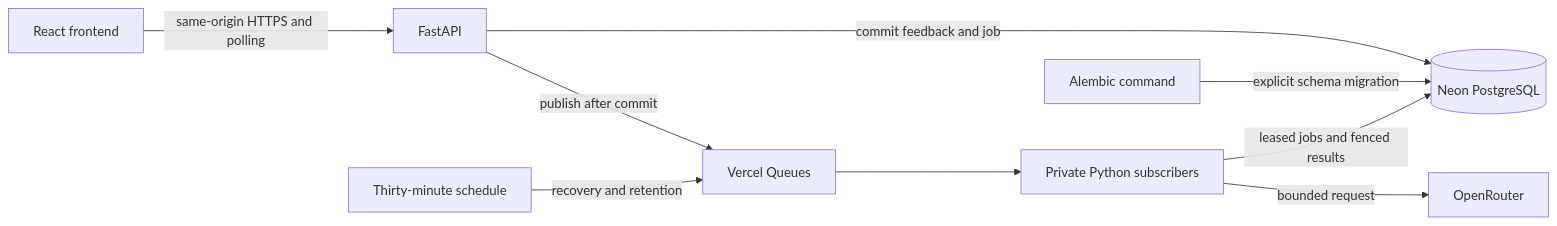
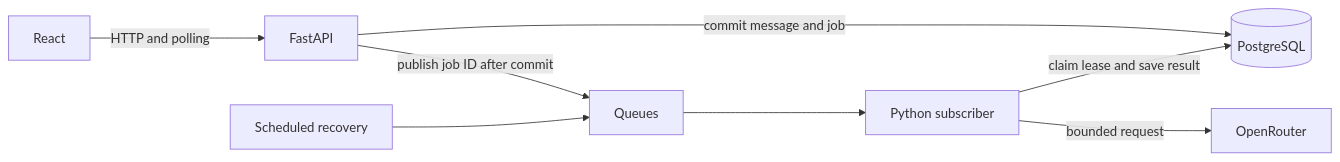
Before and after one commit to turovnd/realtime-data-workbench: the diagram in docs/architecture.md, drawn with Mermaid. The commit also changed other lines of this file and 321 other files, not shown here.

````diff
--- a/docs/architecture.md
+++ b/docs/architecture.md
@@ -3,11 +3,10 @@
 ```mermaid
 flowchart LR
-  UI[React frontend] -->|same-origin HTTPS and polling| API[FastAPI]
-  API -->|commit feedback and job| DB[(Neon PostgreSQL)]
-  API -->|publish after commit| Queue[Vercel Queues]
-  Queue --> Worker[Private Python subscribers]
-  Worker -->|leased jobs and fenced results| DB
-  Worker -->|bounded request| Provider[OpenRouter]
-  Schedule[Thirty-minute schedule] -->|recovery and retention| Queue
-  Migration[Alembic command] -->|explicit schema migration| DB
+  UI[React] -->|HTTP and polling| API[FastAPI]
+  API -->|commit message and job| DB[(PostgreSQL)]
+  API -->|publish job ID after commit| Queue[Queues]
+  Queue --> Worker[Python subscriber]
+  Worker -->|claim lease and save result| DB
+  Worker -->|bounded request| AI[OpenRouter]
+  Recovery[Scheduled recovery] --> Queue
 ```
````
